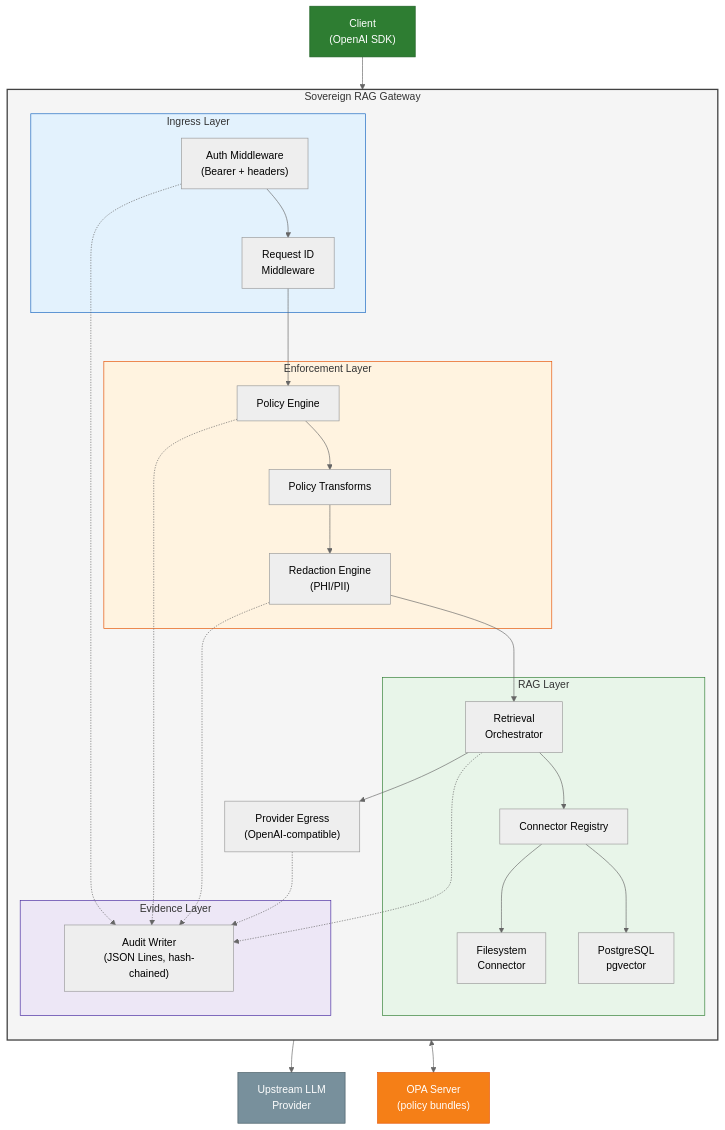
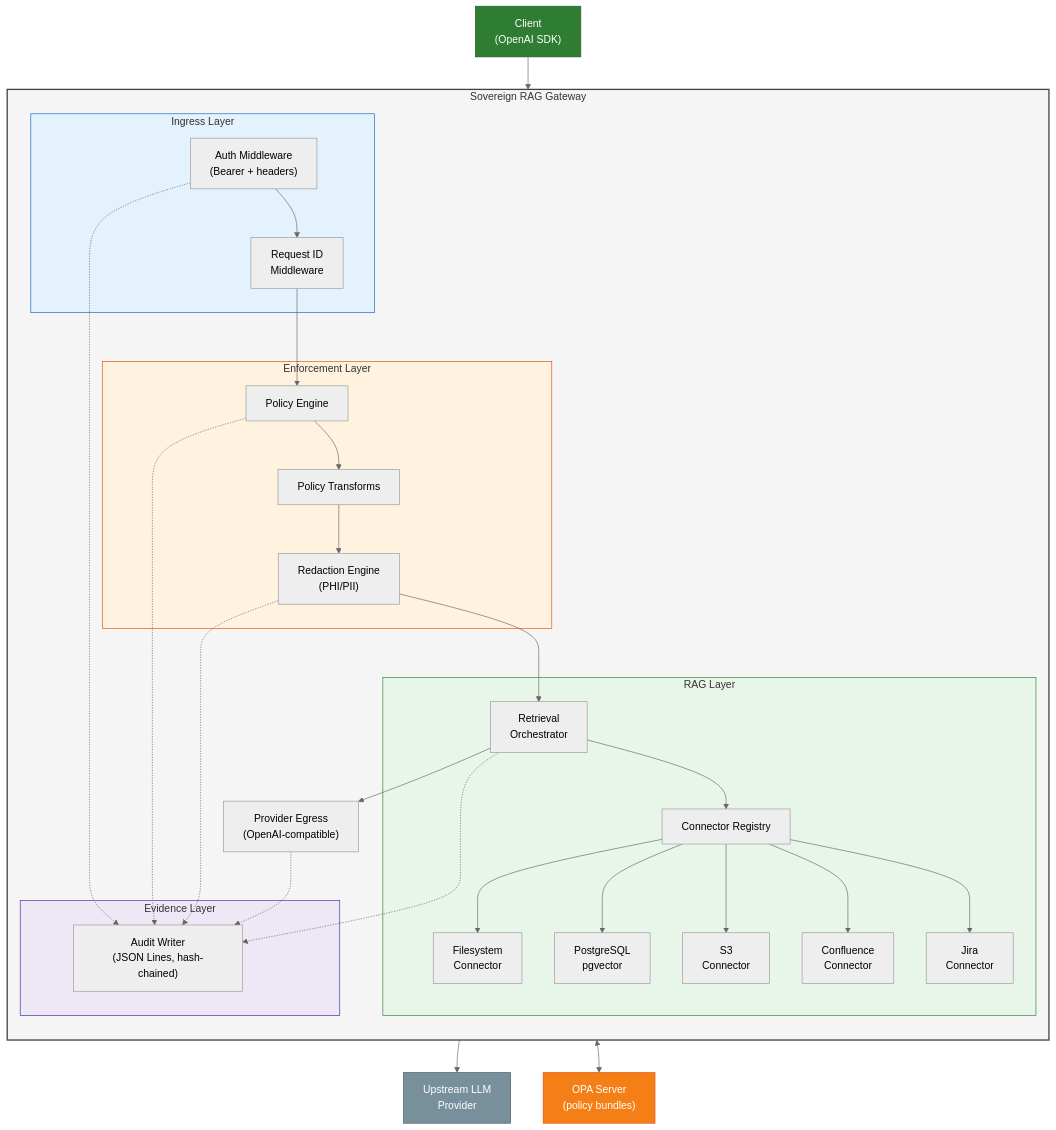
Before and after one commit to ogulcanaydogan/Sovereign-RAG-Gateway: the third of 15 diagrams in README.md, drawn with Mermaid (neutral theme). The commit also changed other lines of this file and 56 other files, not shown here.

````diff
--- a/README.md
+++ b/README.md
@@ -88,58 +88,64 @@
 ```mermaid
 graph TB
     subgraph GATEWAY["Sovereign RAG Gateway"]
         direction TB
         subgraph INGRESS["Ingress Layer"]
             AUTH["Auth Middleware\n(Bearer + headers)"]
             REQID["Request ID\nMiddleware"]
         end
 
         subgraph ENFORCEMENT["Enforcement Layer"]
             POLICY["Policy Engine"]
             REDACT["Redaction Engine\n(PHI/PII)"]
             TRANSFORM["Policy Transforms"]
         end
 
         subgraph RETRIEVAL["RAG Layer"]
             ORCH["Retrieval\nOrchestrator"]
             REG["Connector Registry"]
             FS["Filesystem\nConnector"]
             PG["PostgreSQL\npgvector"]
+            S3C["S3\nConnector"]
+            CONFL["Confluence\nConnector"]
+            JIRAC["Jira\nConnector"]
         end
 
         subgraph EVIDENCE["Evidence Layer"]
             AUDIT["Audit Writer\n(JSON Lines, hash-chained)"]
         end
 
         EGRESS["Provider Egress\n(OpenAI-compatible)"]
     end
 
     CLIENT["Client\n(OpenAI SDK)"] --> AUTH
     AUTH --> REQID
     REQID --> POLICY
     POLICY --> TRANSFORM
     TRANSFORM --> REDACT
     REDACT --> ORCH
     ORCH --> REG
     REG --> FS
     REG --> PG
+    REG --> S3C
+    REG --> CONFL
+    REG --> JIRAC
     ORCH --> EGRESS
     EGRESS --> LLM["Upstream LLM\nProvider"]
 
     POLICY <--> OPA["OPA Server\n(policy bundles)"]
 
     AUTH -.-> AUDIT
     POLICY -.-> AUDIT
     REDACT -.-> AUDIT
     ORCH -.-> AUDIT
     EGRESS -.-> AUDIT
 
     style GATEWAY fill:#f5f5f5,stroke:#424242,stroke-width:2px
     style INGRESS fill:#e3f2fd,stroke:#1565c0
     style ENFORCEMENT fill:#fff3e0,stroke:#e65100
     style RETRIEVAL fill:#e8f5e9,stroke:#2e7d32
     style EVIDENCE fill:#ede7f6,stroke:#4527a0
     style OPA fill:#f57f17,color:#fff,stroke:#e65100
     style LLM fill:#78909c,color:#fff,stroke:#455a64
     style CLIENT fill:#2e7d32,color:#fff,stroke:#1b5e20
 ```
````
